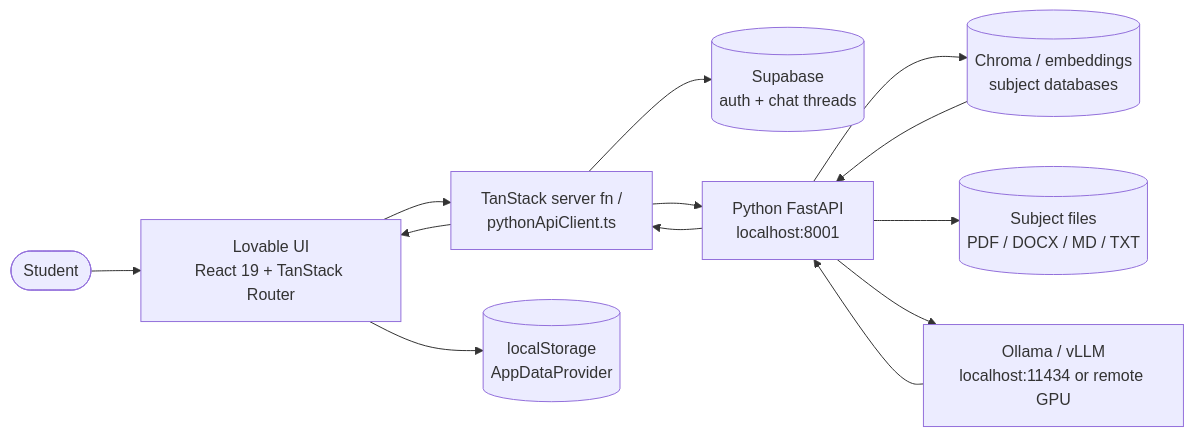
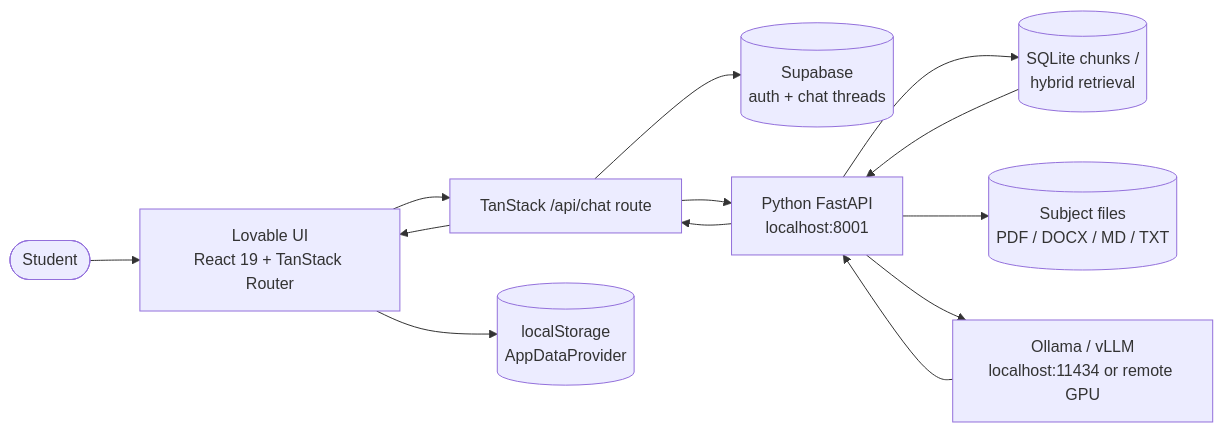
One commit to keyshavmor/study-swiss-star changed the diagram in docs/FRONTEND_ARCHITECTURE.md. Above: the diagram before and after it, drawn with Mermaid. The commit also changed other lines of this file and 75 other files, not shown here.

````diff
--- a/docs/FRONTEND_ARCHITECTURE.md
+++ b/docs/FRONTEND_ARCHITECTURE.md
@@ -132,15 +135,15 @@
 ```mermaid
 graph LR
     Student([Student]) --> UI[Lovable UI<br/>React 19 + TanStack Router]
-    UI --> SF[TanStack server fn /<br/>pythonApiClient.ts]
+    UI --> SF[TanStack /api/chat route]
     SF --> SB[(Supabase<br/>auth + chat threads)]
     SF --> PY[Python FastAPI<br/>localhost:8001]
-    PY --> RAG[(Chroma / embeddings<br/>subject databases)]
+    PY --> RAG[(SQLite chunks /<br/>hybrid retrieval)]
     PY --> FILES[(Subject files<br/>PDF / DOCX / MD / TXT)]
     PY --> LLM[Ollama / vLLM<br/>localhost:11434 or remote GPU]
     RAG --> PY
     LLM --> PY
     PY --> SF
     SF --> UI
     UI --> LS[(localStorage<br/>AppDataProvider)]
 ```
````
